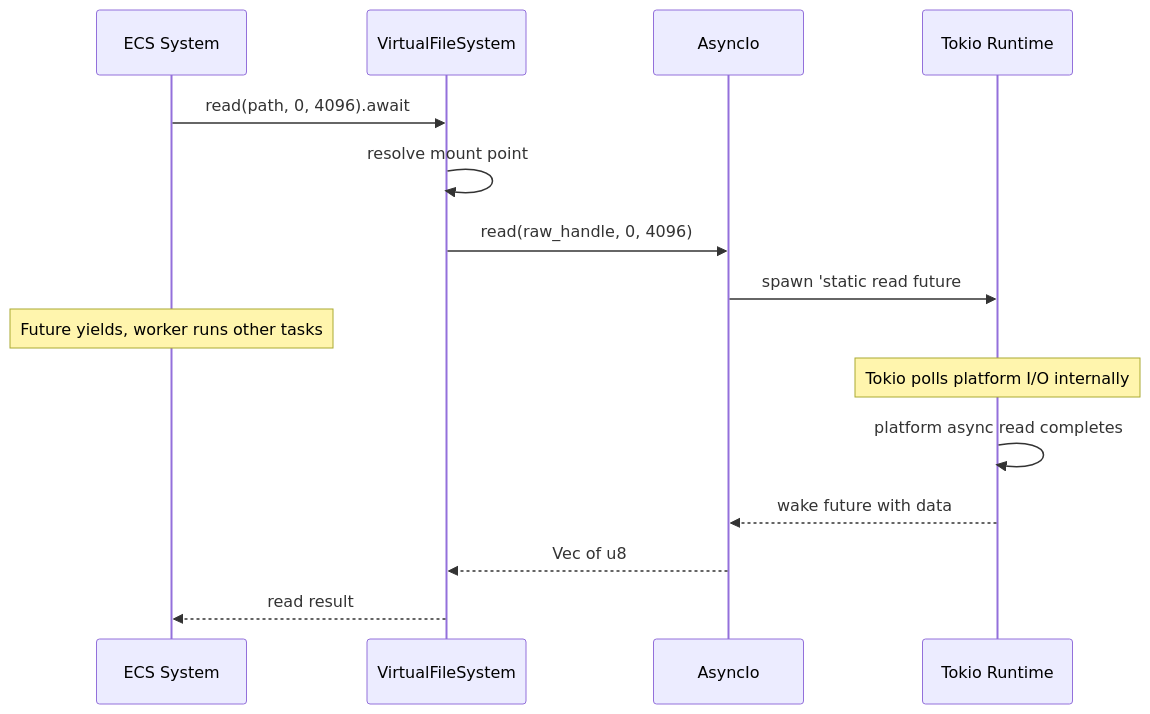
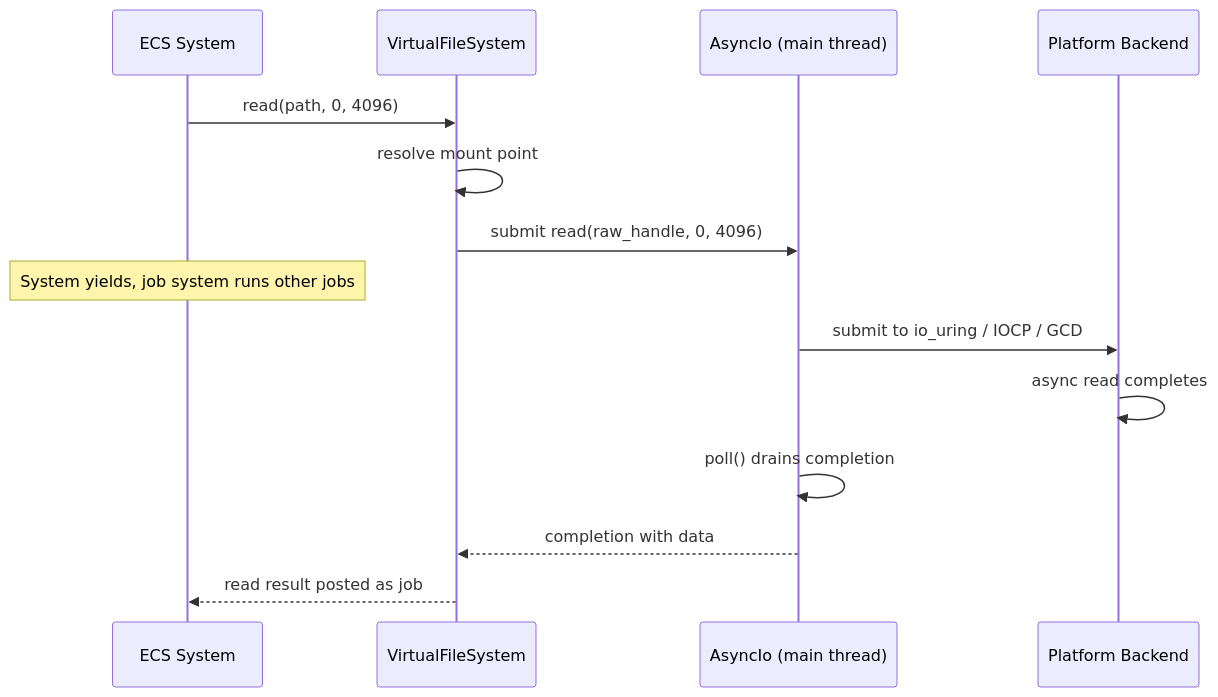
Before and after one commit to harmonius-dev/harmonius: the seventh of 7 diagrams in docs/design/core-runtime/memory-async-io.md, drawn with Mermaid. The commit also changed other lines of this file and 174 other files, not shown here.

````diff
--- a/docs/design/core-runtime/memory-async-io.md
+++ b/docs/design/core-runtime/memory-async-io.md
@@ -355,21 +406,19 @@
 ```mermaid
 sequenceDiagram
     participant S as ECS System
     participant VFS as VirtualFileSystem
-    participant AIO as AsyncIo
-    participant TK as Tokio Runtime
+    participant AIO as AsyncIo (main thread)
+    participant OS as Platform Backend
 
-    S->>VFS: read(path, 0, 4096).await
+    S->>VFS: read(path, 0, 4096)
     VFS->>VFS: resolve mount point
-    VFS->>AIO: read(raw_handle, 0, 4096)
-    AIO->>TK: spawn 'static read future
+    VFS->>AIO: submit read(raw_handle, 0, 4096)
 
-    Note over S: Future yields, worker runs other tasks
+    Note over S: System yields, job system runs other jobs
 
-    Note over TK: Tokio polls platform I/O internally
-    TK->>TK: platform async read completes
-
-    TK-->>AIO: wake future with data
-    AIO-->>VFS: Vec of u8
-    VFS-->>S: read result
+    AIO->>OS: submit to io_uring / IOCP / GCD
+    OS->>OS: async read completes
+    AIO->>AIO: poll() drains completion
+    AIO-->>VFS: completion with data
+    VFS-->>S: read result posted as job
 ```
````
